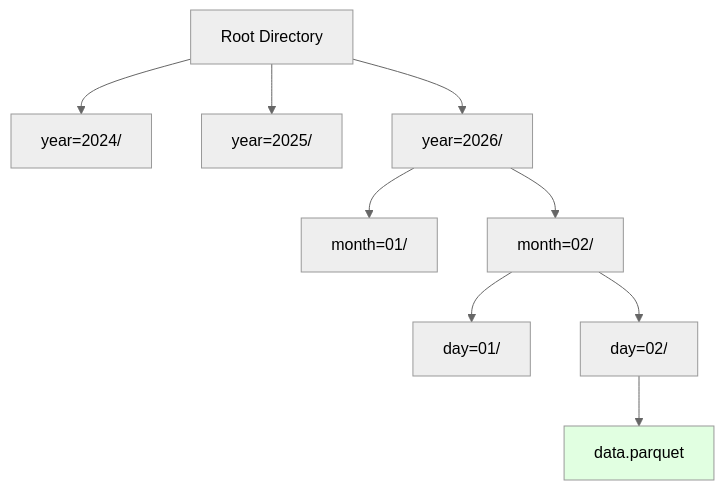
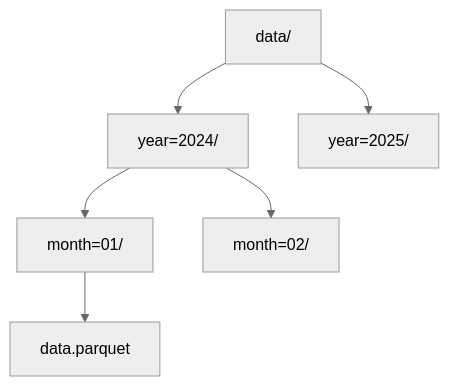
One commit to LCKYN/LCKYN-KnowledgeBase changed the third of 4 diagrams in 40-49 Data_Management/41_Data_Engineering/41.01 Parquet File Format.md. Above: the diagram before and after it, drawn with Mermaid (neutral theme). The commit also changed other lines of this file and 17 other files, not shown here.

````diff
--- a/40-49 Data_Management/41_Data_Engineering/41.01 Parquet File Format.md
+++ b/40-49 Data_Management/41_Data_Engineering/41.01 Parquet File Format.md
@@ -408,16 +129,8 @@
 ```mermaid
 graph TD
-    A[Root Directory] --> B[year=2024/]
+    A[data/] --> B[year=2024/]
     A --> C[year=2025/]
-    A --> D[year=2026/]
-
-    D --> E[month=01/]
-    D --> F[month=02/]
-
-    F --> G[day=01/]
-    F --> H[day=02/]
-
-    H --> I[data.parquet]
-
-    style I fill:#e1ffe1
+    B --> D[month=01/]
+    B --> E[month=02/]
+    D --> F[data.parquet]
 ```
````
